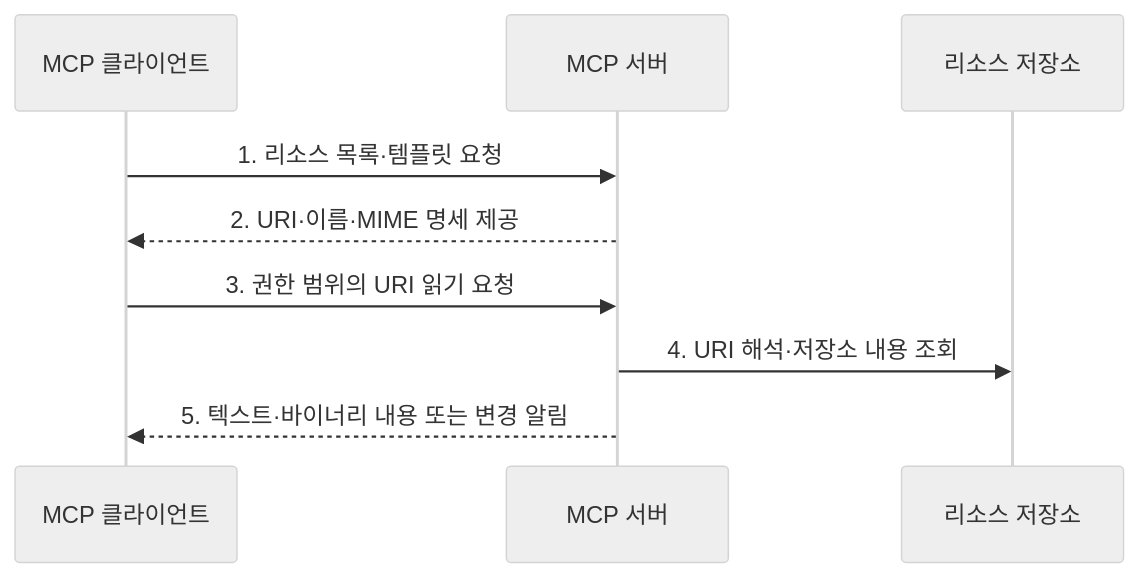
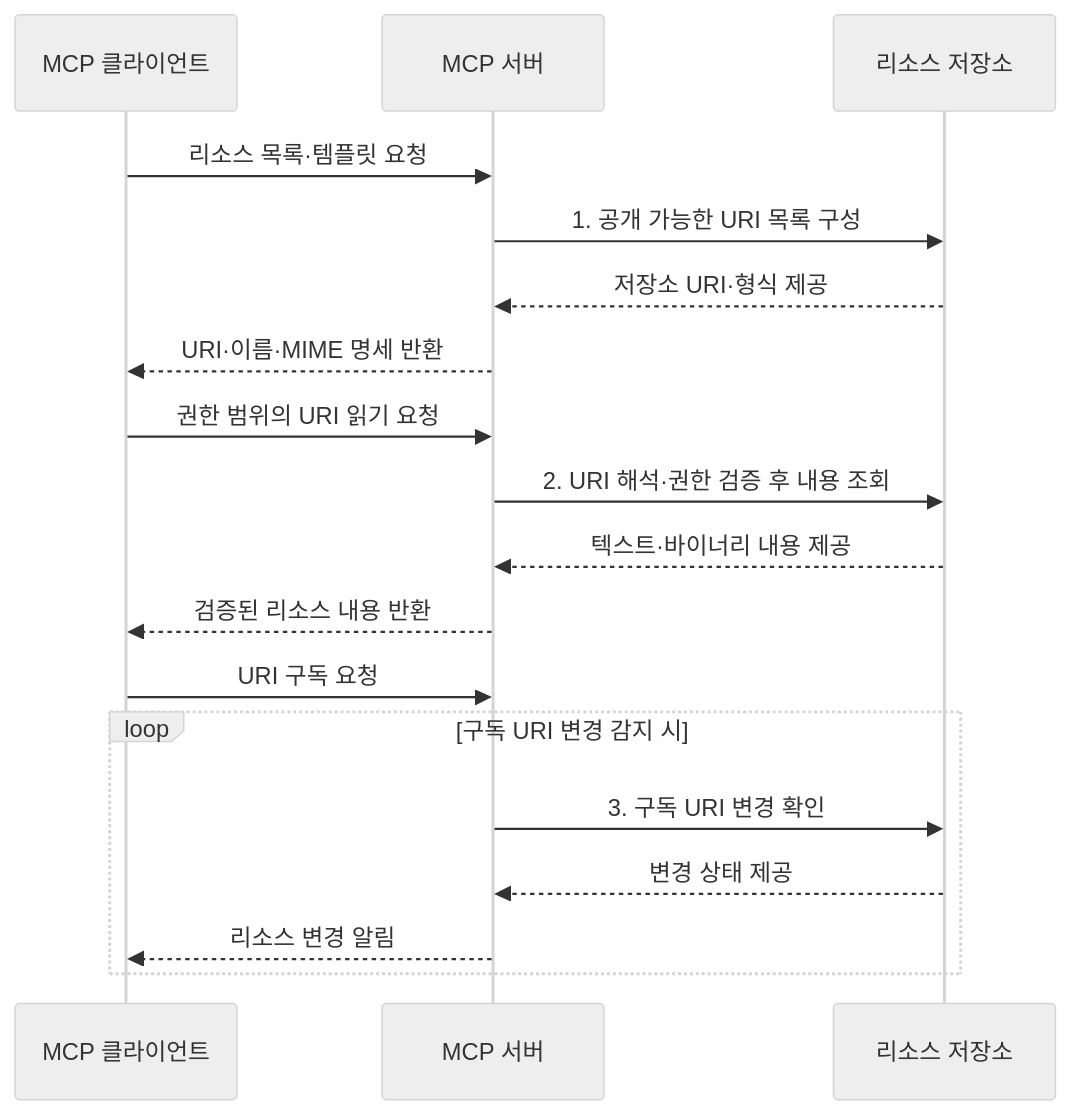
The second of 2 diagrams in src/content/docs/notes/08-latest-tech/009_mcp_resource.md (agnusdei1207/knowledge-base), drawn with Mermaid (neutral theme) before and after one commit. The commit also changed other lines of this file and 225 other files, not shown here.

````diff
--- a/src/content/docs/notes/08-latest-tech/009_mcp_resource.md
+++ b/src/content/docs/notes/08-latest-tech/009_mcp_resource.md
@@ -74,11 +74,20 @@
 ```mermaid
 sequenceDiagram
     participant C as MCP 클라이언트
     participant S as MCP 서버
     participant B as 리소스 저장소
-    C->>S: 1. 리소스 목록·템플릿 요청
-    S-->>C: 2. URI·이름·MIME 명세 제공
-    C->>S: 3. 권한 범위의 URI 읽기 요청
-    S->>B: 4. URI 해석·저장소 내용 조회
-    S-->>C: 5. 텍스트·바이너리 내용 또는 변경 알림
+    C->>S: 리소스 목록·템플릿 요청
+    S->>B: 1. 공개 가능한 URI 목록 구성
+    B-->>S: 저장소 URI·형식 제공
+    S-->>C: URI·이름·MIME 명세 반환
+    C->>S: 권한 범위의 URI 읽기 요청
+    S->>B: 2. URI 해석·권한 검증 후 내용 조회
+    B-->>S: 텍스트·바이너리 내용 제공
+    S-->>C: 검증된 리소스 내용 반환
+    C->>S: URI 구독 요청
+    loop 구독 URI 변경 감지 시
+        S->>B: 3. 구독 URI 변경 확인
+        B-->>S: 변경 상태 제공
+        S-->>C: 리소스 변경 알림
+    end
 ```
````
